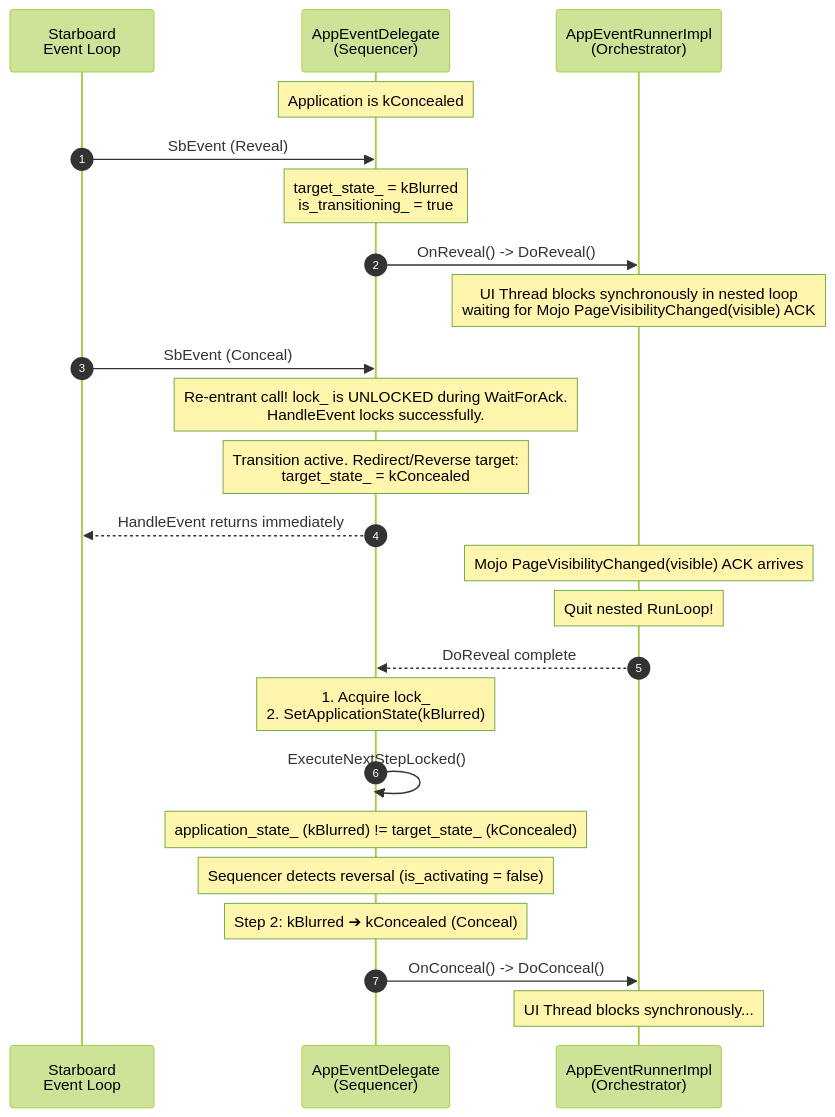
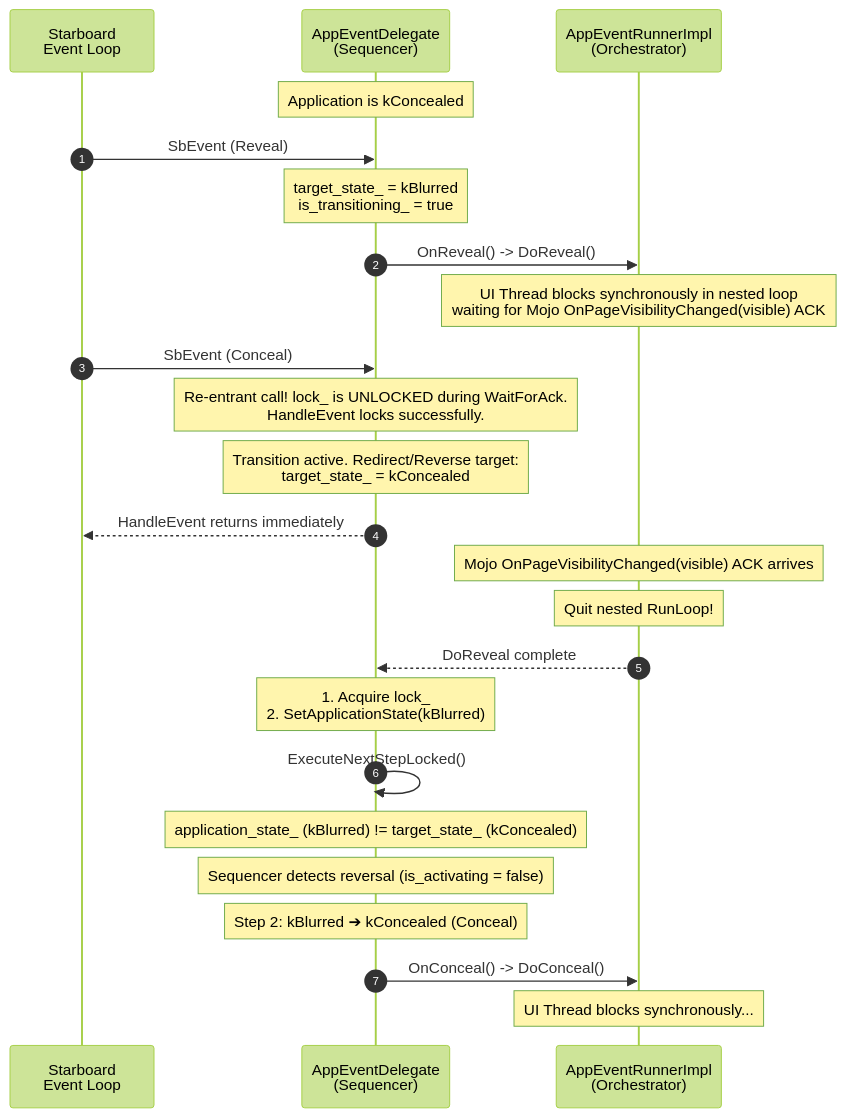
Diagram 14 of 14 in cobalt/doc/lifecycle_internals.md (youtube/cobalt), drawn with Mermaid (forest theme) before and after one commit. The commit also changed other lines of this file and 18 other files, not shown here.

````diff
--- a/cobalt/doc/lifecycle_internals.md
+++ b/cobalt/doc/lifecycle_internals.md
@@ -553,30 +553,30 @@
 ```mermaid
 sequenceDiagram
   autonumber
   participant OS as Starboard <br/> Event Loop
   participant Delegate as AppEventDelegate <br/> (Sequencer)
   participant Runner as AppEventRunnerImpl <br/> (Orchestrator)
 
   Note over Delegate: Application is kConcealed
   OS->>Delegate: SbEvent (Reveal)
   Note over Delegate: target_state_ = kBlurred<br/>is_transitioning_ = true
   Delegate->>Runner: OnReveal() -> DoReveal()
-  Note over Runner: UI Thread blocks synchronously in nested loop<br/>waiting for Mojo PageVisibilityChanged(visible) ACK
+  Note over Runner: UI Thread blocks synchronously in nested loop<br/>waiting for Mojo OnPageVisibilityChanged(visible) ACK
 
   %% Re-entrant event
   OS->>Delegate: SbEvent (Conceal)
   Note over Delegate: Re-entrant call! lock_ is UNLOCKED during WaitForAck.<br/>HandleEvent locks successfully.
   Note over Delegate: Transition active. Redirect/Reverse target:<br/>target_state_ = kConcealed
   Delegate-->>OS: HandleEvent returns immediately
 
-  Note over Runner: Mojo PageVisibilityChanged(visible) ACK arrives
+  Note over Runner: Mojo OnPageVisibilityChanged(visible) ACK arrives
   Note over Runner: Quit nested RunLoop!
   Runner-->>Delegate: DoReveal complete
   Note over Delegate: 1. Acquire lock_<br/>2. SetApplicationState(kBlurred)
   Delegate->>Delegate: ExecuteNextStepLocked()
   Note over Delegate: application_state_ (kBlurred) != target_state_ (kConcealed)
   Note over Delegate: Sequencer detects reversal (is_activating = false)
   Note over Delegate: Step 2: kBlurred ➔ kConcealed (Conceal)
   Delegate->>Runner: OnConceal() -> DoConceal()
   Note over Runner: UI Thread blocks synchronously...
 ```
````
